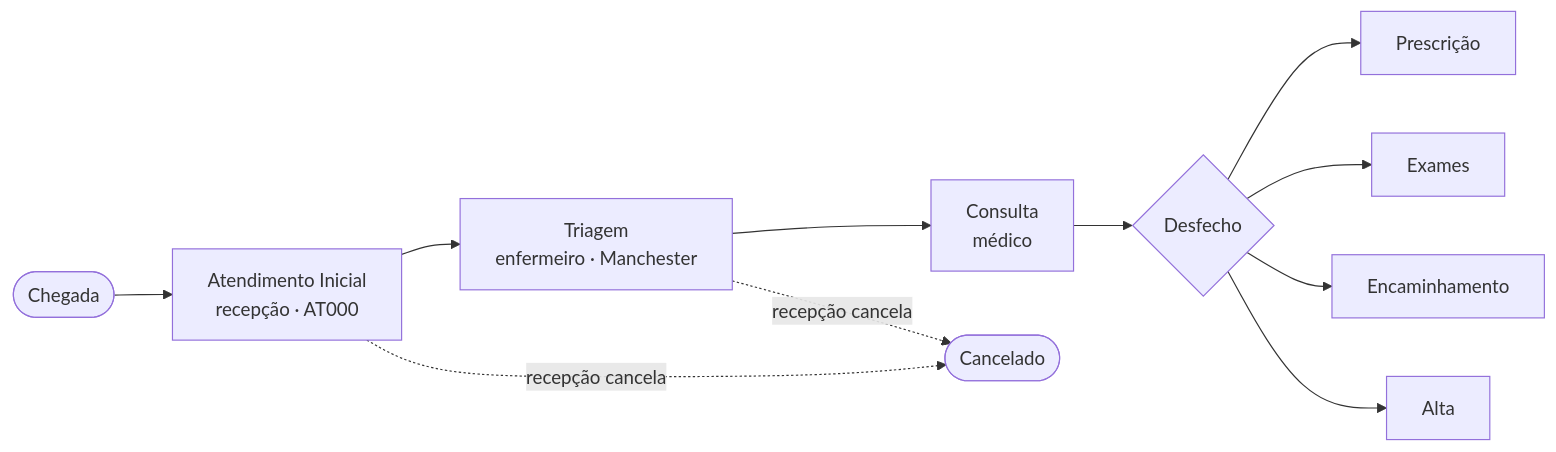
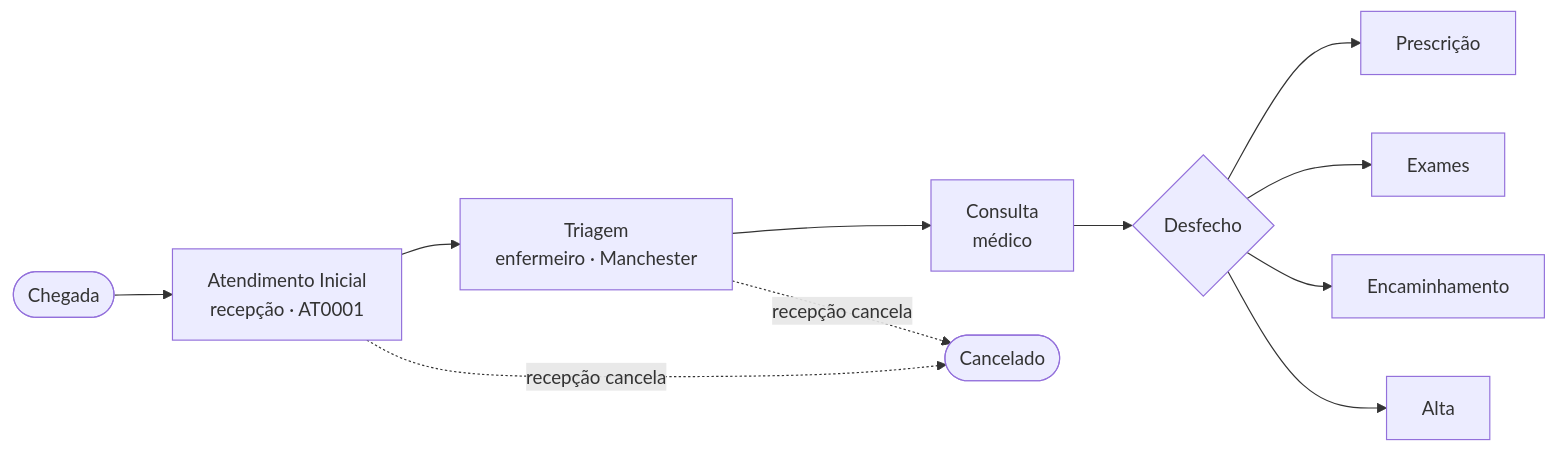
Before and after one commit to bandin01/Sistema-de-Atendimento-de-Pronto-Socorro: the first of 4 diagrams in docs/MER.md, drawn with Mermaid. The commit also changed other lines of this file and 105 other files, not shown here.

````diff
--- a/docs/MER.md
+++ b/docs/MER.md
@@ -29,13 +29,13 @@
 ```mermaid
 flowchart LR
-  CH([Chegada]) --> AI[Atendimento Inicial<br/>recepção · AT000]
+  CH([Chegada]) --> AI[Atendimento Inicial<br/>recepção · AT0001]
   AI --> TR[Triagem<br/>enfermeiro · Manchester]
   TR --> CO[Consulta<br/>médico]
   CO --> DE{Desfecho}
   DE --> D1[Prescrição]
   DE --> D2[Exames]
   DE --> D3[Encaminhamento]
   DE --> D4[Alta]
   AI -. recepção cancela .-> CA([Cancelado])
   TR -. recepção cancela .-> CA
 ```
````
